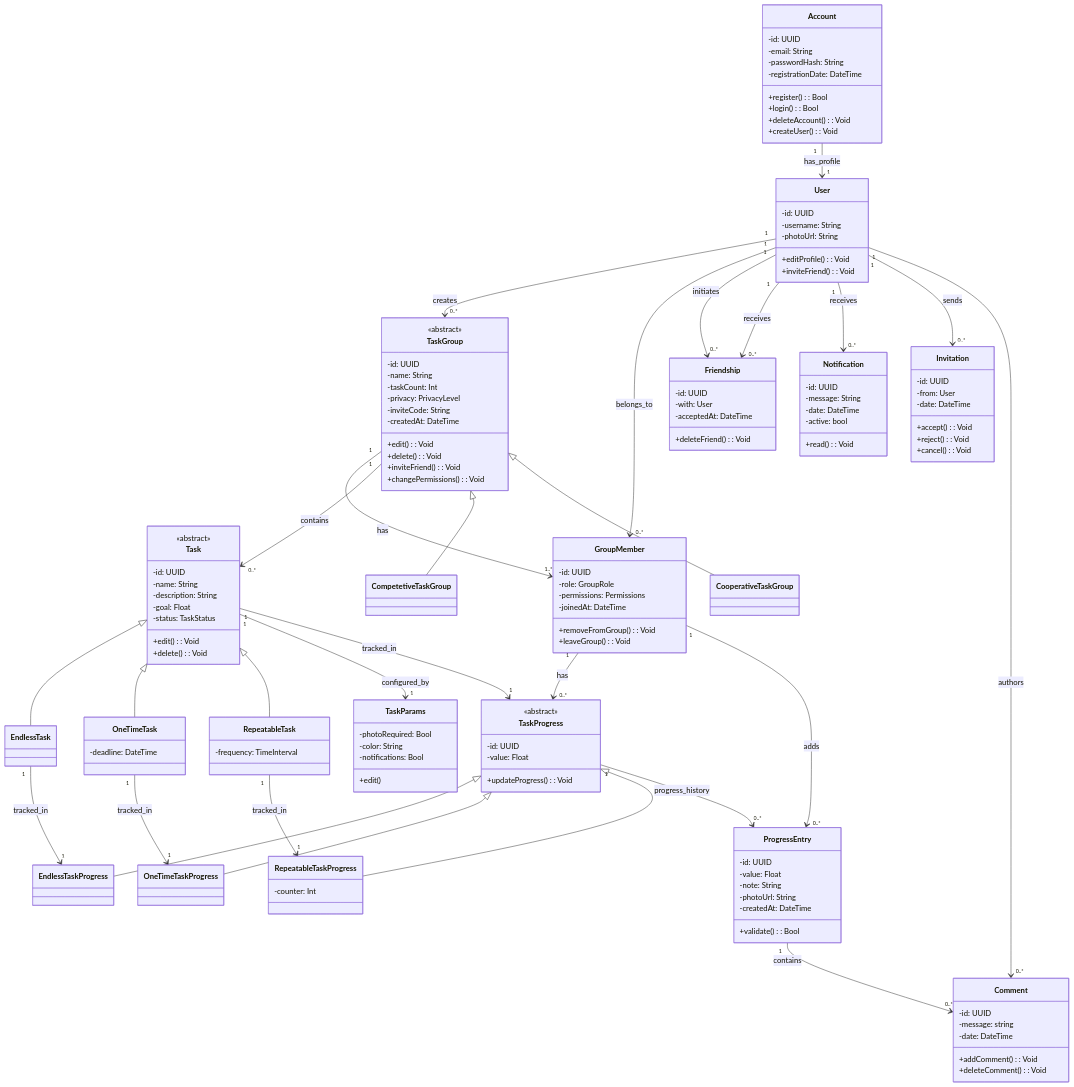
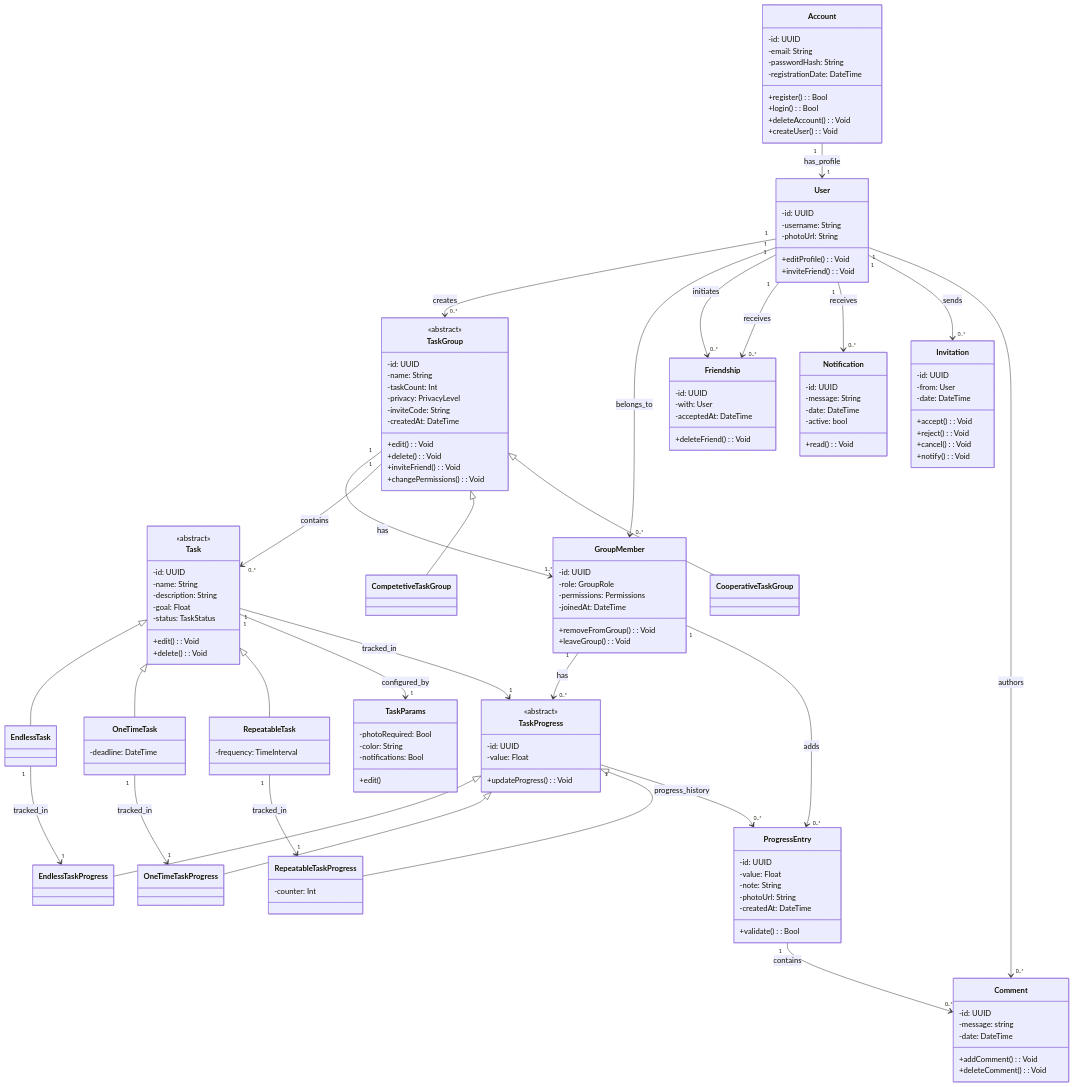
The diagram in docs/zadanie4/diagram-klas.md (Tarnuchy/EggJob), drawn with Mermaid before and after one commit. The commit also changed 1 other file, not shown here.

```diff
--- a/docs/zadanie4/diagram-klas.md
+++ b/docs/zadanie4/diagram-klas.md
@@ -35,6 +35,7 @@
         +accept(): Void
         +reject(): Void
         +cancel(): Void
+        +notify(): Void
     }
 
     class Notification {
```
